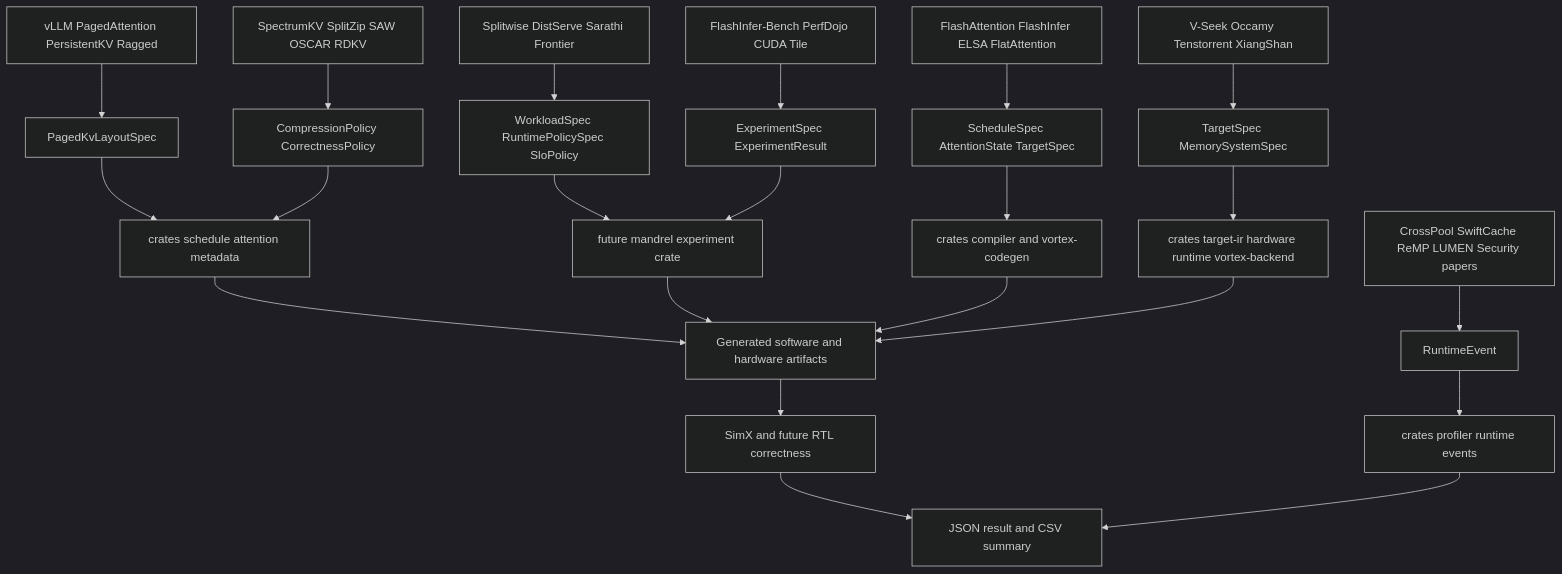
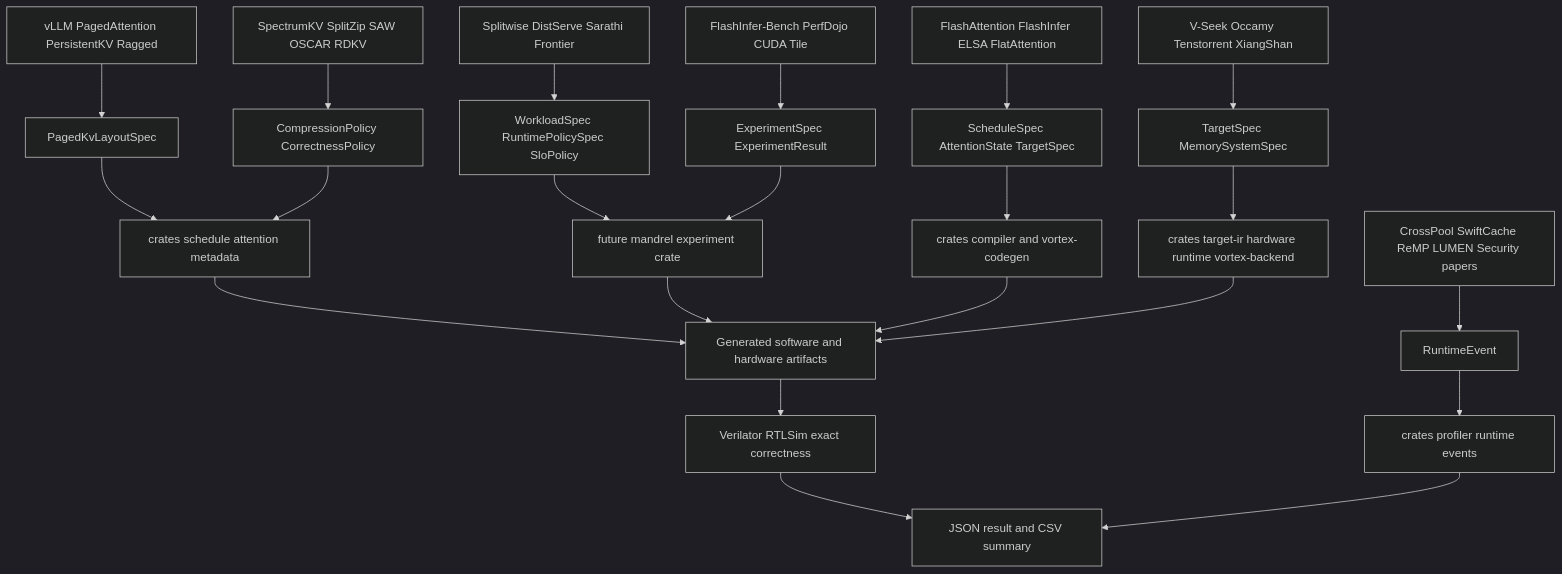
The third of 6 diagrams in docs/llm-serving-kv-attention-survey.md (devillove084/Mandrel), drawn with Mermaid (dark theme) before and after one commit. The commit also changed other lines of this file and 57 other files, not shown here.

First line of the commit message:
feat: establish reproducible Verilator RTL workflow

````diff
--- a/docs/llm-serving-kv-attention-survey.md
+++ b/docs/llm-serving-kv-attention-survey.md
@@ -681,26 +682,26 @@
 ```mermaid
 flowchart TD
     A[vLLM PagedAttention PersistentKV Ragged] --> B[PagedKvLayoutSpec]
     C[Splitwise DistServe Sarathi Frontier] --> D[WorkloadSpec RuntimePolicySpec SloPolicy]
     E[FlashAttention FlashInfer ELSA FlatAttention] --> F[ScheduleSpec AttentionState TargetSpec]
     G[SpectrumKV SplitZip SAW OSCAR RDKV] --> H[CompressionPolicy CorrectnessPolicy]
     I[CrossPool SwiftCache ReMP LUMEN Security papers] --> J[RuntimeEvent]
     K[FlashInfer-Bench PerfDojo CUDA Tile] --> L[ExperimentSpec ExperimentResult]
     M[V-Seek Occamy Tenstorrent XiangShan] --> N[TargetSpec MemorySystemSpec]
 
     B --> O[crates schedule attention metadata]
     D --> P[future mandrel experiment crate]
     F --> Q[crates compiler and vortex-codegen]
     H --> O
     J --> R[crates profiler runtime events]
     L --> P
     N --> S[crates target-ir hardware runtime vortex-backend]
 
     O --> T[Generated software and hardware artifacts]
     P --> T
     Q --> T
     S --> T
-    T --> U[SimX and future RTL correctness]
+    T --> U[Verilator RTLSim exact correctness]
     U --> V[JSON result and CSV summary]
     R --> V
 ```
````
